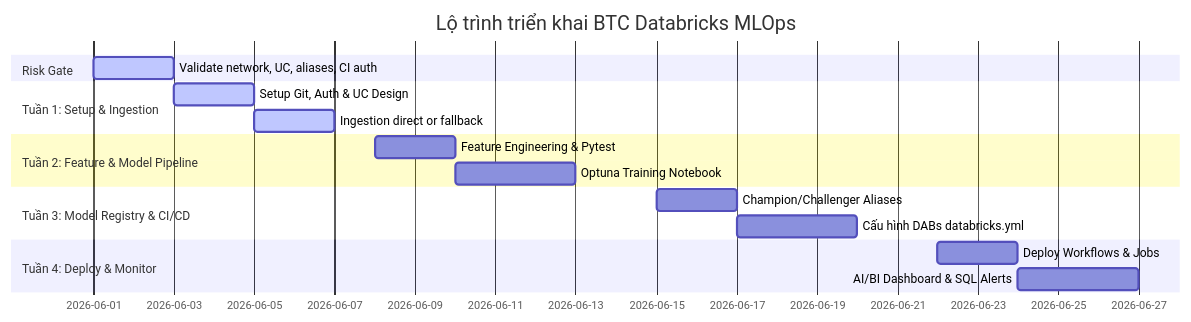
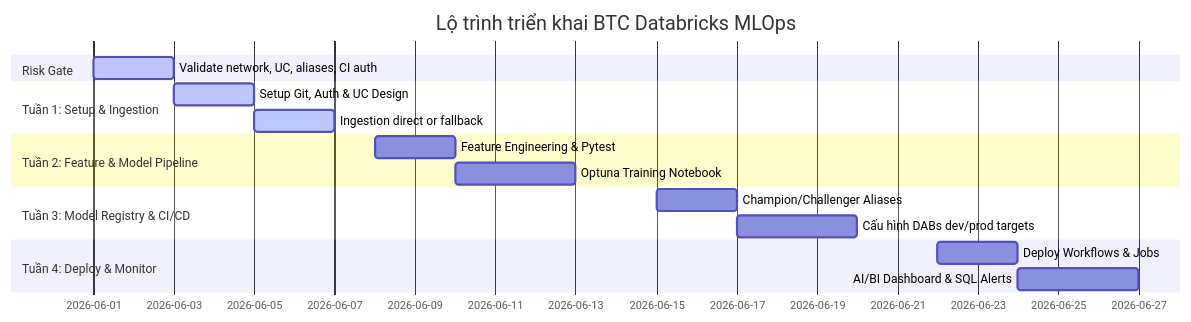
The diagram in _bmad-output/planning-artifacts/research/technical-review-btc-databricks-mlops-implementation-plan-research-2026-05-29.md (dunglk85/btc_mle_dbr), drawn with Mermaid before and after one commit. The commit also changed other lines of this file, not shown here.

Commit message:
docs: add technical review document for BTC Databricks MLOps implementation plan

````diff
--- a/_bmad-output/planning-artifacts/research/technical-review-btc-databricks-mlops-implementation-plan-research-2026-05-29.md
+++ b/_bmad-output/planning-artifacts/research/technical-review-btc-databricks-mlops-implementation-plan-research-2026-05-29.md
@@ -95,19 +117,19 @@
 ```mermaid
 gantt
     title Lộ trình triển khai BTC Databricks MLOps
     dateFormat  YYYY-MM-DD
     section Risk Gate
     Validate network, UC, aliases, CI auth :active, 2026-06-01, 2d
     section Tuần 1: Setup & Ingestion
     Setup Git, Auth & UC Design      :active, 2026-06-03, 2d
     Ingestion direct or fallback     :active, 2026-06-05, 2d
     section Tuần 2: Feature & Model Pipeline
     Feature Engineering & Pytest    : 2026-06-08, 2d
     Optuna Training Notebook        : 2026-06-10, 3d
     section Tuần 3: Model Registry & CI/CD
     Champion/Challenger Aliases     : 2026-06-15, 2d
-    Cấu hình DABs databricks.yml    : 2026-06-17, 3d
+    Cấu hình DABs dev/prod targets  : 2026-06-17, 3d
     section Tuần 4: Deploy & Monitor
     Deploy Workflows & Jobs         : 2026-06-22, 2d
     AI/BI Dashboard & SQL Alerts    : 2026-06-24, 3d
 ```
````
